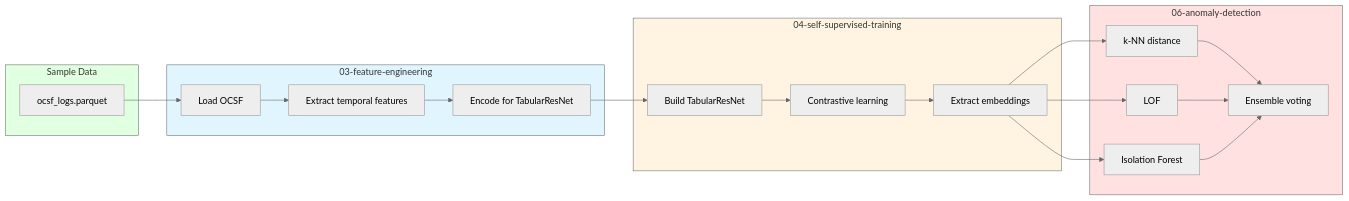
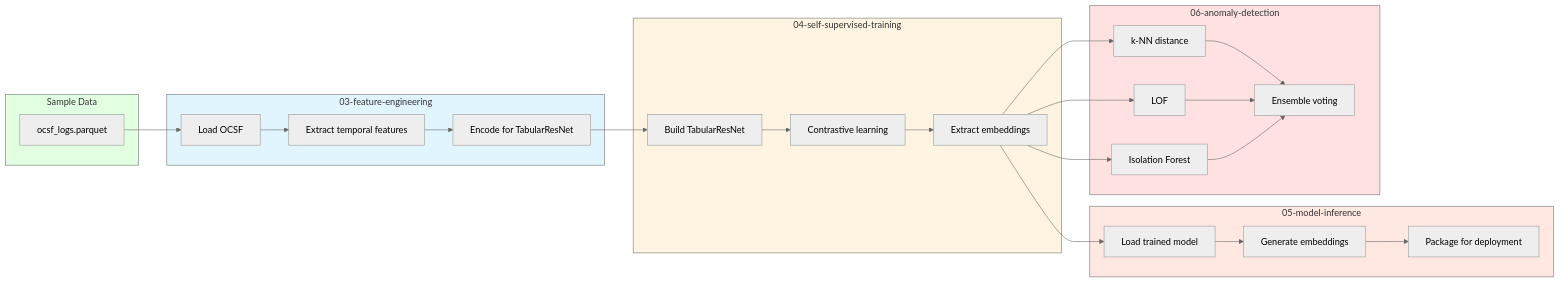
Before and after one commit to snowch/snowch.github.io: the diagram in ai-eng/embedding-anomaly-detection/appendix-notebooks.md, drawn with Mermaid (neutral theme). The commit also changed other lines of this file, not shown here.

````diff
--- a/ai-eng/embedding-anomaly-detection/appendix-notebooks.md
+++ b/ai-eng/embedding-anomaly-detection/appendix-notebooks.md
@@ -64,35 +65,43 @@
 ```{mermaid}
 graph LR
     subgraph data["Sample Data"]
         parquet["ocsf_logs.parquet"]
     end
 
     subgraph nb1["03-feature-engineering"]
         load["Load OCSF"]
         temporal["Extract temporal features"]
         encode["Encode for TabularResNet"]
     end
 
     subgraph nb2["04-self-supervised-training"]
         model["Build TabularResNet"]
         train["Contrastive learning"]
         embed["Extract embeddings"]
     end
 
-    subgraph nb3["06-anomaly-detection"]
+    subgraph nb3["05-model-inference"]
+        loadmodel["Load trained model"]
+        infer["Generate embeddings"]
+        package["Package for deployment"]
+    end
+
+    subgraph nb4["06-anomaly-detection"]
         knn["k-NN distance"]
         lof["LOF"]
         iso["Isolation Forest"]
         ensemble["Ensemble voting"]
     end
 
     parquet --> load
     load --> temporal --> encode
     encode --> model --> train --> embed
+    embed --> loadmodel --> infer --> package
     embed --> knn & lof & iso --> ensemble
 
     style data fill:#e1ffe1
     style nb1 fill:#e1f5ff
     style nb2 fill:#fff4e1
-    style nb3 fill:#ffe1e1
+    style nb3 fill:#ffe8e1
+    style nb4 fill:#ffe1e1
 ```
````
